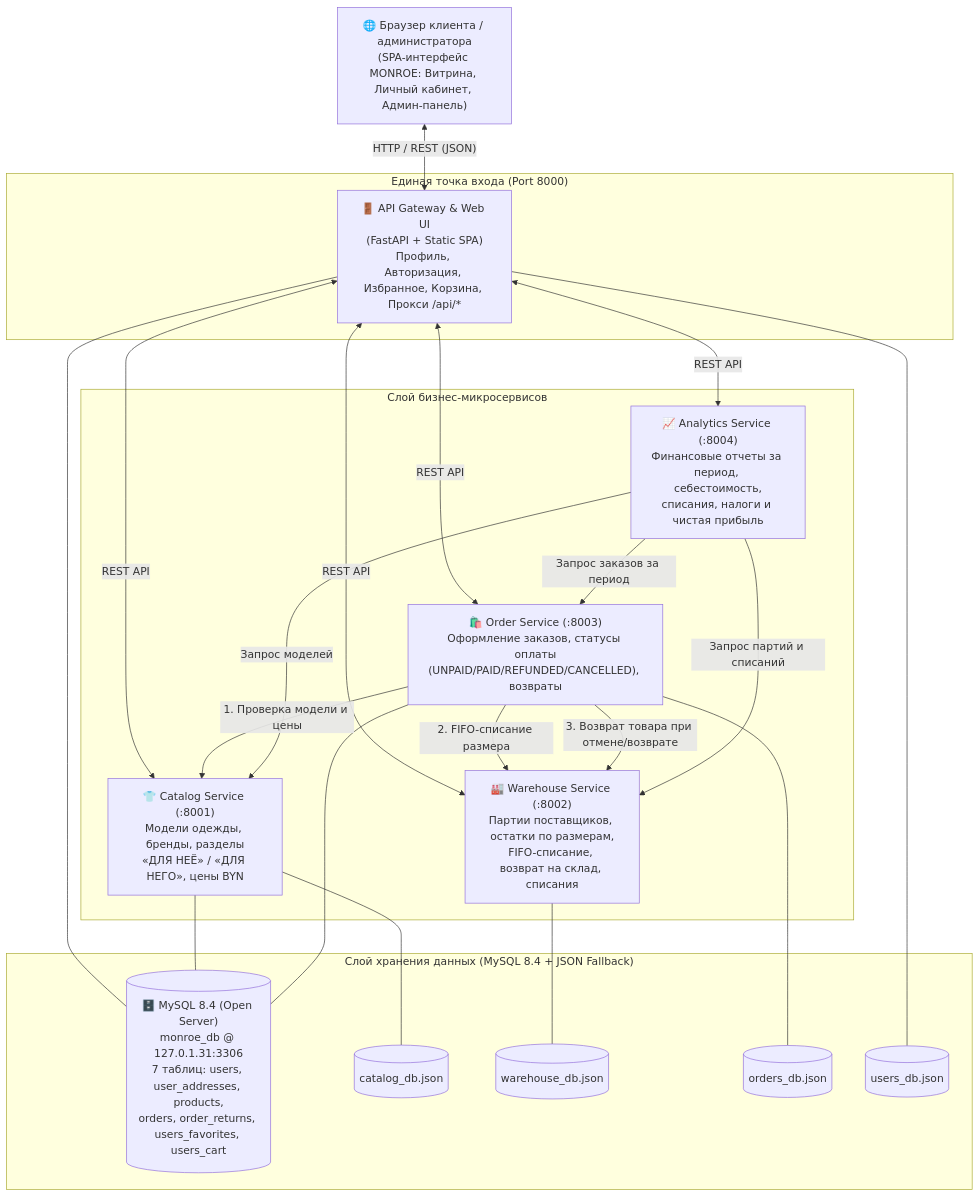
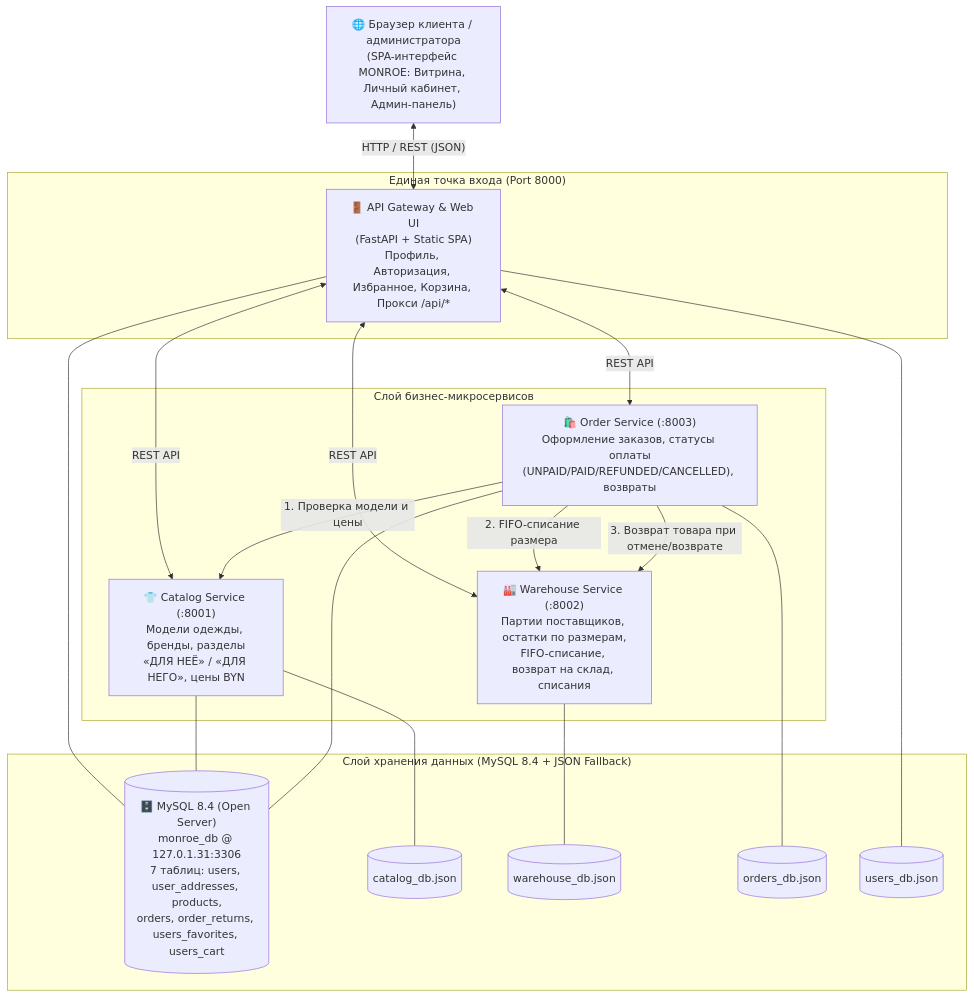
One commit to anya-gor/project2026 changed the second of 7 diagrams in README.md. Above: the diagram before and after it, drawn with Mermaid. The commit also changed other lines of this file and 9 other files, not shown here.

Commit message:
Remove Analytics Service (unused in UI), fix docs to match reality: 2 roles only, automated warehouse/FIFO without keeper UI

````diff
--- a/README.md
+++ b/README.md
@@ -153,44 +145,39 @@
 ```mermaid
 flowchart TB
     Browser["🌐 Браузер клиента / администратора\n(SPA-интерфейс MONROE: Витрина, Личный кабинет, Админ-панель)"]
 
     subgraph GatewayLayer ["Единая точка входа (Port 8000)"]
         Gateway["🚪 API Gateway & Web UI\n(FastAPI + Static SPA)\nПрофиль, Авторизация, Избранное, Корзина, Прокси /api/*"]
     end
 
     subgraph Microservices ["Слой бизнес-микросервисов"]
         Catalog["👕 Catalog Service (:8001)\nМодели одежды, бренды, разделы\n«ДЛЯ НЕЁ» / «ДЛЯ НЕГО», цены BYN"]
         Warehouse["🏭 Warehouse Service (:8002)\nПартии поставщиков, остатки по размерам,\nFIFO-списание, возврат на склад, списания"]
         Order["🛍️ Order Service (:8003)\nОформление заказов, статусы оплаты\n(UNPAID/PAID/REFUNDED/CANCELLED), возвраты"]
-        Analytics["📈 Analytics Service (:8004)\nФинансовые отчеты за период, себестоимость,\nсписания, налоги и чистая прибыль"]
     end
 
     subgraph Storage ["Слой хранения данных (MySQL 8.4 + JSON Fallback)"]
         MySQL[("🗄️ MySQL 8.4 (Open Server)\nmonroe_db @ 127.0.1.31:3306\n7 таблиц: users, user_addresses, products,\norders, order_returns, users_favorites, users_cart")]
         DB1[("catalog_db.json")]
         DB2[("warehouse_db.json")]
         DB3[("orders_db.json")]
         DB4[("users_db.json")]
     end
 
     Browser <-->|"HTTP / REST (JSON)"| Gateway
     Gateway <-->|"REST API"| Catalog
     Gateway <-->|"REST API"| Warehouse
     Gateway <-->|"REST API"| Order
-    Gateway <-->|"REST API"| Analytics
 
     Order -->|"1. Проверка модели и цены"| Catalog
     Order -->|"2. FIFO-списание размера"| Warehouse
     Order -->|"3. Возврат товара при отмене/возврате"| Warehouse
-    Analytics -->|"Запрос заказов за период"| Order
-    Analytics -->|"Запрос партий и списаний"| Warehouse
-    Analytics -->|"Запрос моделей"| Catalog
 
     Gateway --- MySQL
     Gateway --- DB4
     Catalog --- MySQL
     Catalog --- DB1
     Warehouse --- DB2
     Order --- MySQL
     Order --- DB3
 ```
````
